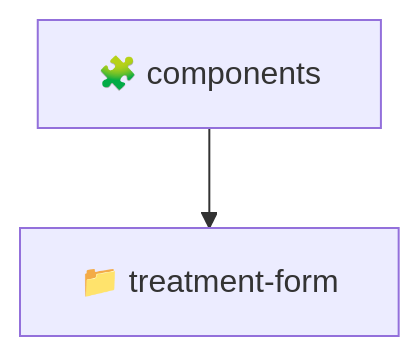
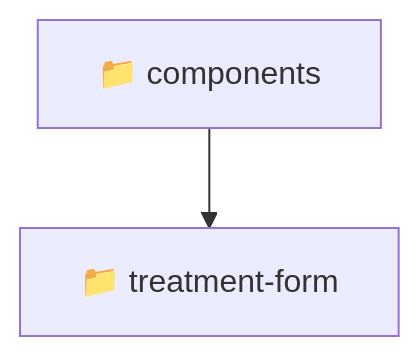
One commit to beginwebdev2002/fullstack-mavluda changed the diagram in frontend/src/pages/treatments/components/README.md. Above: the diagram before and after it, drawn with Mermaid. The commit also changed other lines of this file and 157 other files, not shown here.

````diff
--- a/frontend/src/pages/treatments/components/README.md
+++ b/frontend/src/pages/treatments/components/README.md
@@ -10,5 +11,5 @@
 ```mermaid
 graph TD
-  Root["🧩 components"]
-  Root --> treatmentform["📁 treatment-form"]
+  Root["📁 components"]
+  Root --> treatment-form["📁 treatment-form"]
 ```
````
